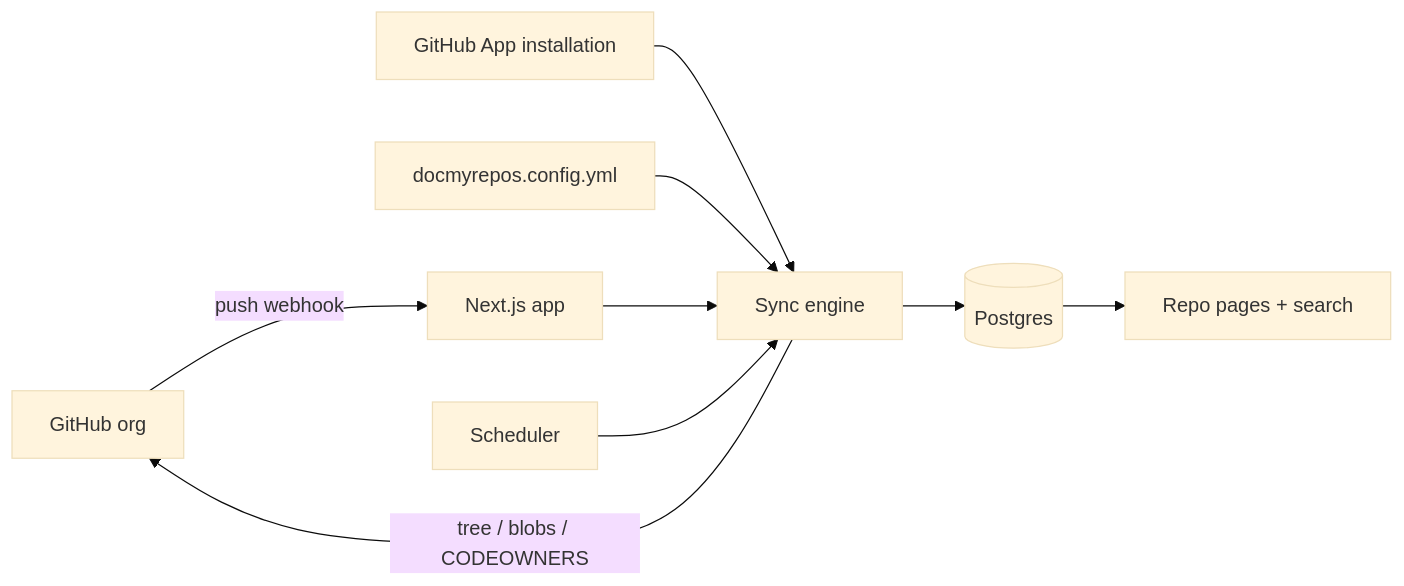
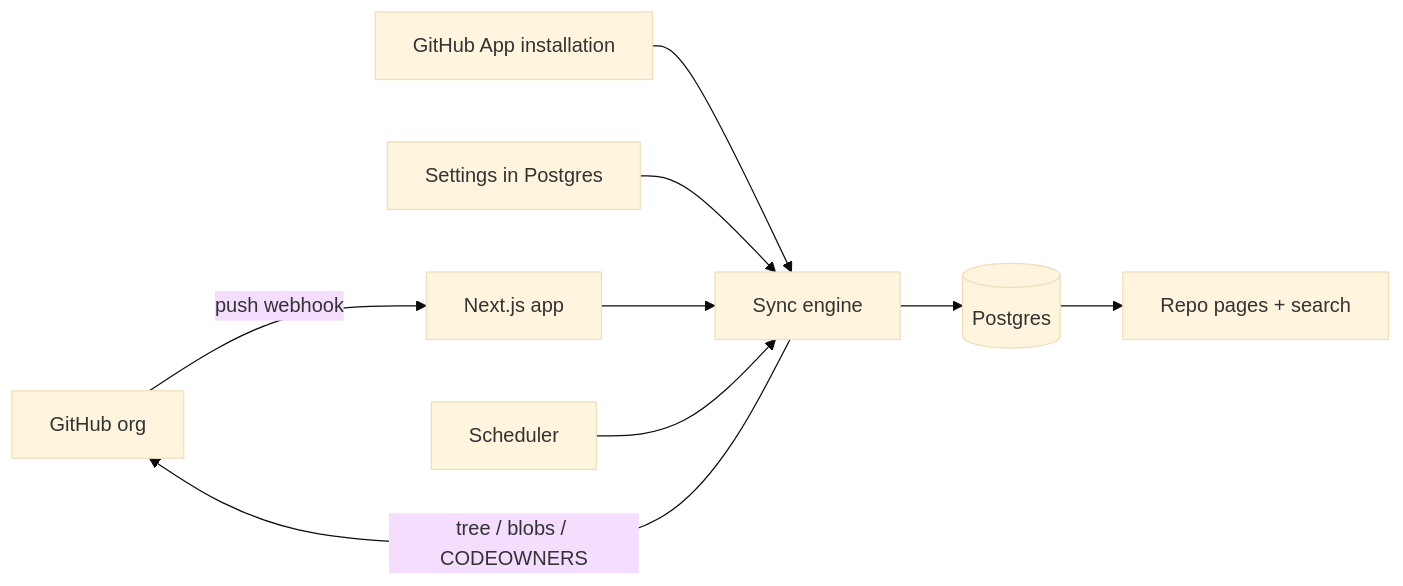
One commit to Dash-AI-Tools/doc-my-repos changed the diagram in README.md. Above: the diagram before and after it, drawn with Mermaid (base theme). The commit also changed other lines of this file and 165 other files, not shown here.

````diff
--- a/README.md
+++ b/README.md
@@ -94,11 +94,11 @@
 ```mermaid
 flowchart LR
   GH[GitHub org] -- push webhook --> API[Next.js app]
   App[GitHub App installation] --> Sync
-  Cfg[docmyrepos.config.yml] --> Sync
+  Cfg[Settings in Postgres] --> Sync
   API --> Sync[Sync engine]
   Sched[Scheduler] --> Sync
   Sync -- tree / blobs / CODEOWNERS --> GH
   Sync --> DB[(Postgres)]
   DB --> UI[Repo pages + search]
 ```
````
